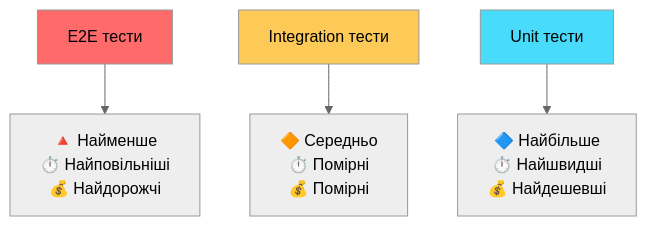
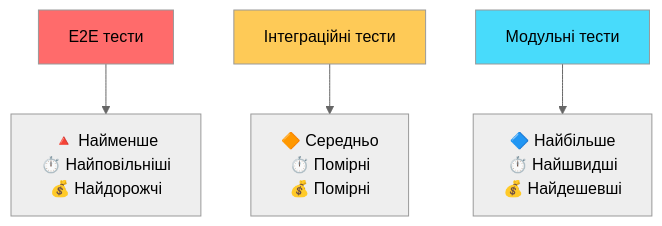
Before and after one commit to olroi421/course-opi-v2: the second of 9 diagrams in presentations/presentation-12.md, drawn with Mermaid (neutral theme). The commit also changed other lines of this file and 9 other files, not shown here.

````diff
--- a/presentations/presentation-12.md
+++ b/presentations/presentation-12.md
@@ -57,12 +72,12 @@
 ```mermaid
 graph TB
     A[E2E тести] --> B[🔺 Найменше<br/>⏱️ Найповільніші<br/>💰 Найдорожчі]
 
-    C[Integration тести] --> D[🔶 Середньо<br/>⏱️ Помірні<br/>💰 Помірні]
+    C[Інтеграційні тести] --> D[🔶 Середньо<br/>⏱️ Помірні<br/>💰 Помірні]
 
-    E[Unit тести] --> F[🔷 Найбільше<br/>⏱️ Найшвидші<br/>💰 Найдешевші]
+    E[Модульні тести] --> F[🔷 Найбільше<br/>⏱️ Найшвидші<br/>💰 Найдешевші]
 
     style A fill:#ff6b6b
     style C fill:#feca57
     style E fill:#48dbfb
 ```
````
